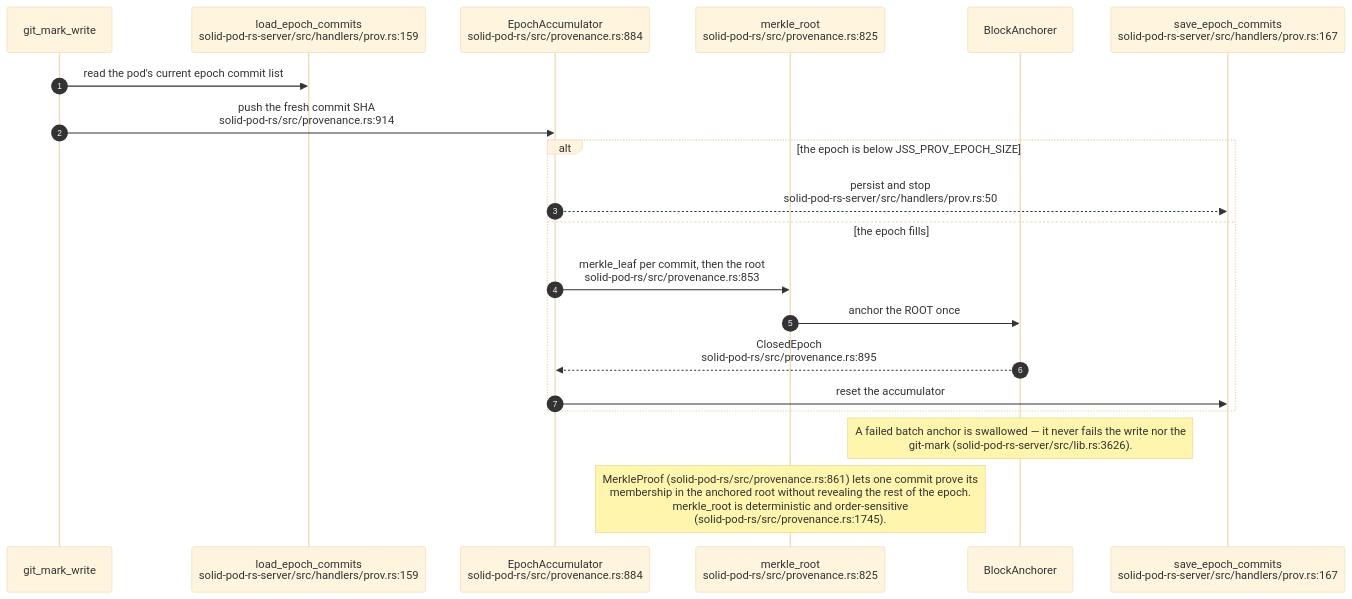
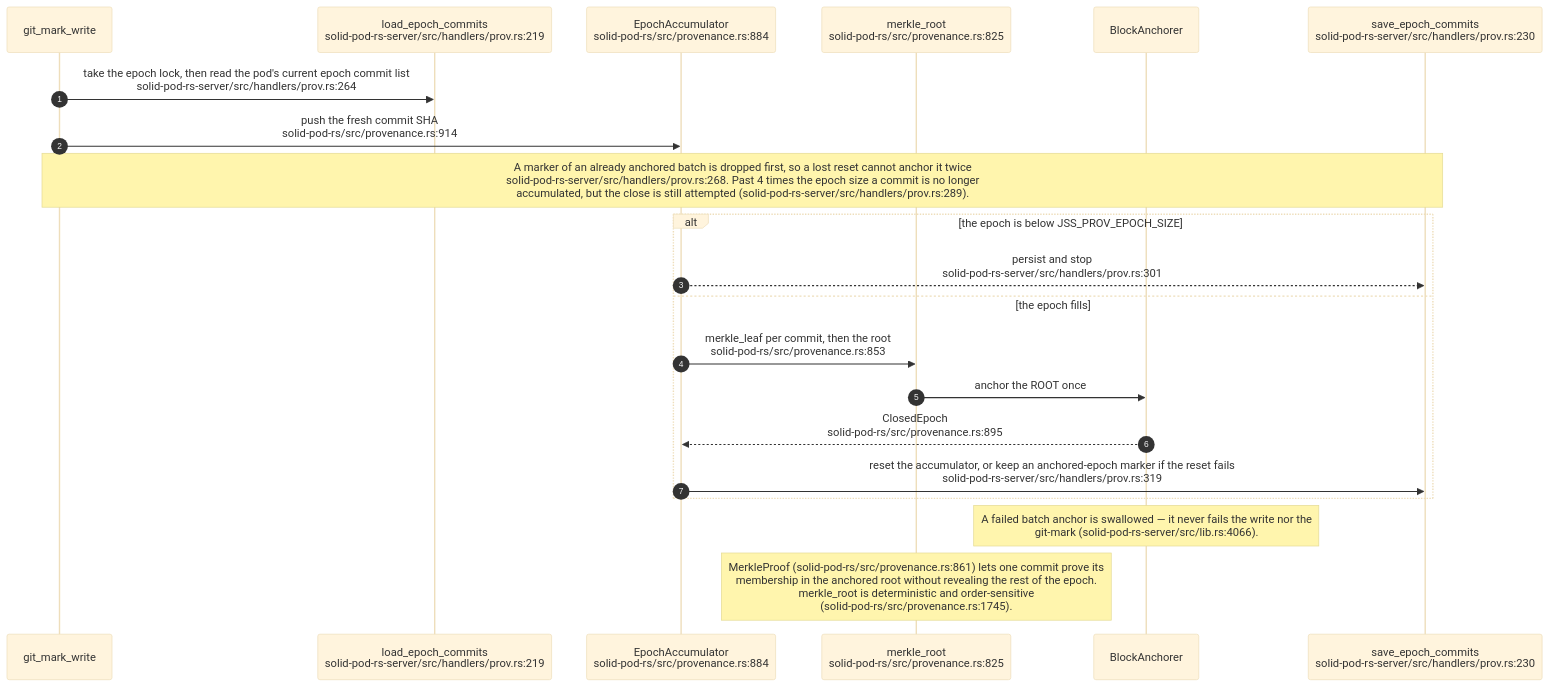
Before and after one commit to DreamLab-AI/VisionFlow: the seventh of 19 diagrams in docs/diagrams/solid-pod-rs/07-provenance-and-payments.md, drawn with Mermaid (base theme). The commit also changed other lines of this file and 160 other files, not shown here.

````diff
--- a/docs/diagrams/solid-pod-rs/07-provenance-and-payments.md
+++ b/docs/diagrams/solid-pod-rs/07-provenance-and-payments.md
@@ -216,23 +222,24 @@
 ```mermaid
 sequenceDiagram
     autonumber
     participant G as git_mark_write
-    participant L as load_epoch_commits<br/>solid-pod-rs-server/src/handlers/prov.rs:159
+    participant L as load_epoch_commits<br/>solid-pod-rs-server/src/handlers/prov.rs:219
     participant A as EpochAccumulator<br/>solid-pod-rs/src/provenance.rs:884
     participant M as merkle_root<br/>solid-pod-rs/src/provenance.rs:825
     participant AN as BlockAnchorer
-    participant S as save_epoch_commits<br/>solid-pod-rs-server/src/handlers/prov.rs:167
+    participant S as save_epoch_commits<br/>solid-pod-rs-server/src/handlers/prov.rs:230
 
-    G->>L: read the pod's current epoch commit list
+    G->>L: take the epoch lock, then read the pod's current epoch commit list<br/>solid-pod-rs-server/src/handlers/prov.rs:264
     G->>A: push the fresh commit SHA<br/>solid-pod-rs/src/provenance.rs:914
+    Note over G,S: A marker of an already anchored batch is dropped first, so a lost reset cannot anchor it twice<br/>solid-pod-rs-server/src/handlers/prov.rs:268. Past 4 times the epoch size a commit is no longer<br/>accumulated, but the close is still attempted (solid-pod-rs-server/src/handlers/prov.rs:289).
     alt the epoch is below JSS_PROV_EPOCH_SIZE
-        A-->>S: persist and stop<br/>solid-pod-rs-server/src/handlers/prov.rs:50
+        A-->>S: persist and stop<br/>solid-pod-rs-server/src/handlers/prov.rs:301
     else the epoch fills
         A->>M: merkle_leaf per commit, then the root<br/>solid-pod-rs/src/provenance.rs:853
         M->>AN: anchor the ROOT once
         AN-->>A: ClosedEpoch<br/>solid-pod-rs/src/provenance.rs:895
-        A->>S: reset the accumulator
+        A->>S: reset the accumulator, or keep an anchored-epoch marker if the reset fails<br/>solid-pod-rs-server/src/handlers/prov.rs:319
     end
-    Note over AN: A failed batch anchor is swallowed — it never fails the write nor the<br/>git-mark (solid-pod-rs-server/src/lib.rs:3626).
+    Note over AN: A failed batch anchor is swallowed — it never fails the write nor the<br/>git-mark (solid-pod-rs-server/src/lib.rs:4066).
     Note over M: MerkleProof (solid-pod-rs/src/provenance.rs:861) lets one commit prove its<br/>membership in the anchored root without revealing the rest of the epoch.<br/>merkle_root is deterministic and order-sensitive<br/>(solid-pod-rs/src/provenance.rs:1745).
 ```
````
